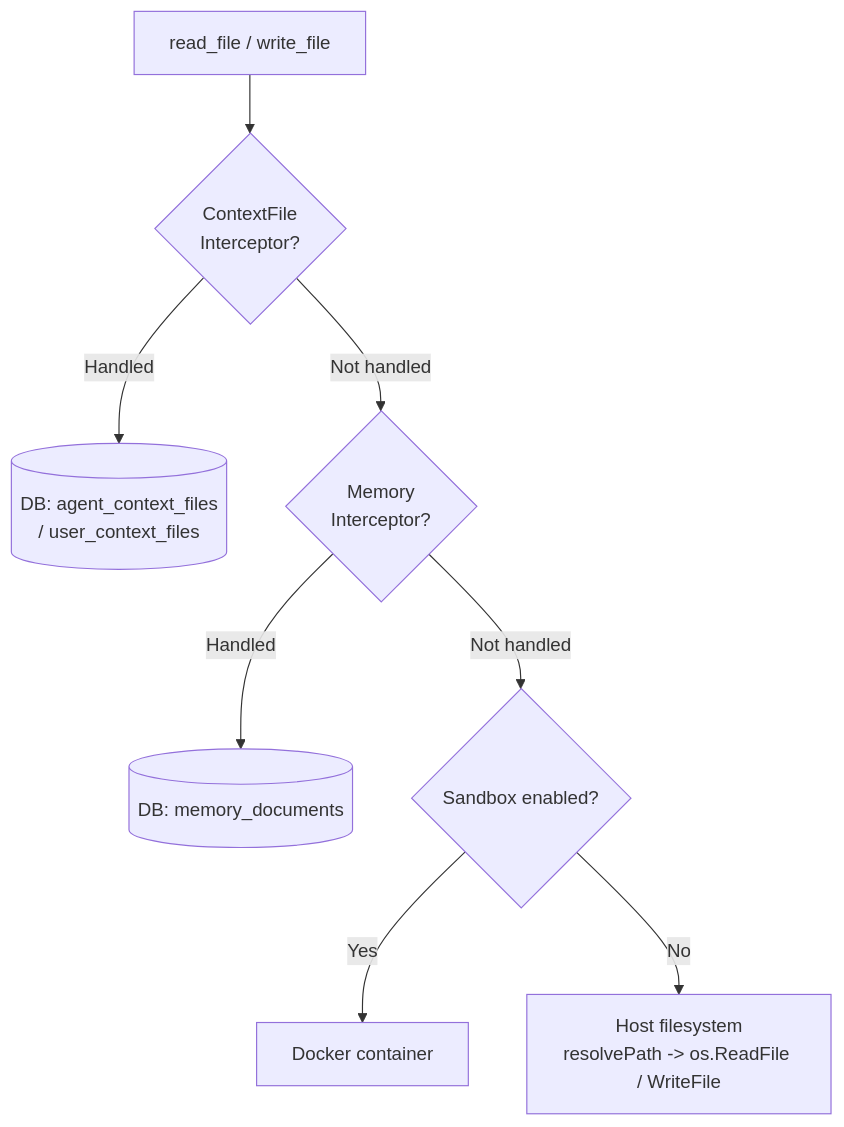
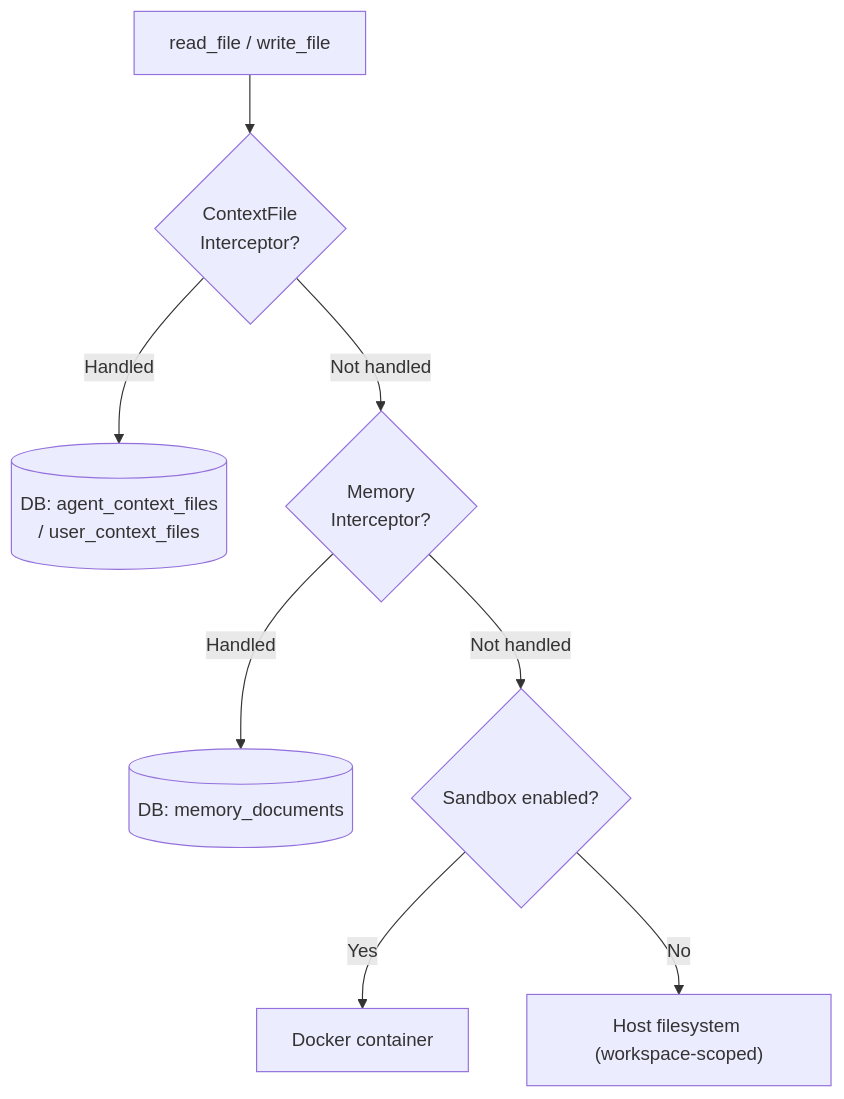
One commit to qkhalk/goclaw changed the second of 5 diagrams in docs/03-tools-system.md. Above: the diagram before and after it, drawn with Mermaid. The commit also changed other lines of this file, not shown here.

````diff
--- a/docs/03-tools-system.md
+++ b/docs/03-tools-system.md
@@ -198,10 +256,10 @@
 ```mermaid
 flowchart TD
     CALL["read_file / write_file"] --> INT1{"ContextFile<br/>Interceptor?"}
     INT1 -->|Handled| DB1[("DB: agent_context_files<br/>/ user_context_files")]
     INT1 -->|Not handled| INT2{"Memory<br/>Interceptor?"}
     INT2 -->|Handled| DB2[("DB: memory_documents")]
     INT2 -->|Not handled| SBX{"Sandbox enabled?"}
     SBX -->|Yes| DOCKER["Docker container"]
-    SBX -->|No| HOST["Host filesystem<br/>resolvePath -> os.ReadFile / WriteFile"]
+    SBX -->|No| HOST["Host filesystem (workspace-scoped)"]
 ```
````
